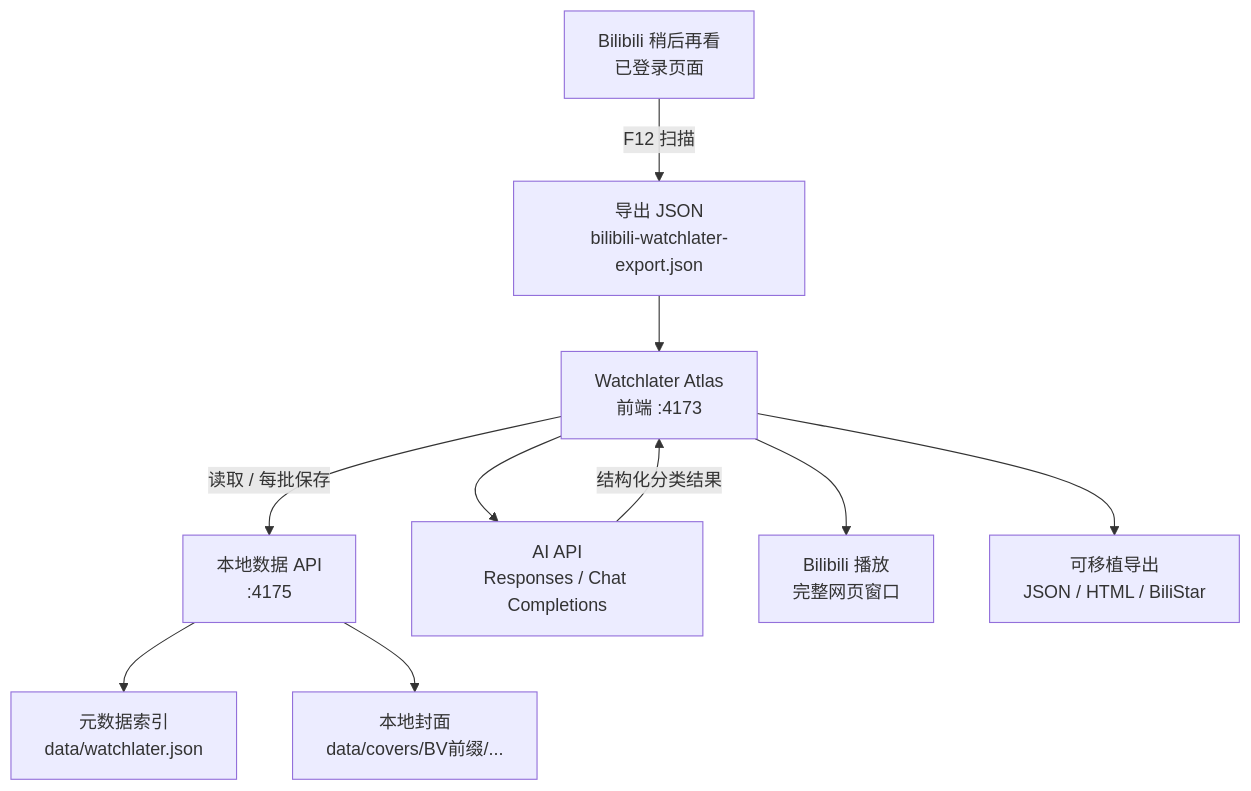
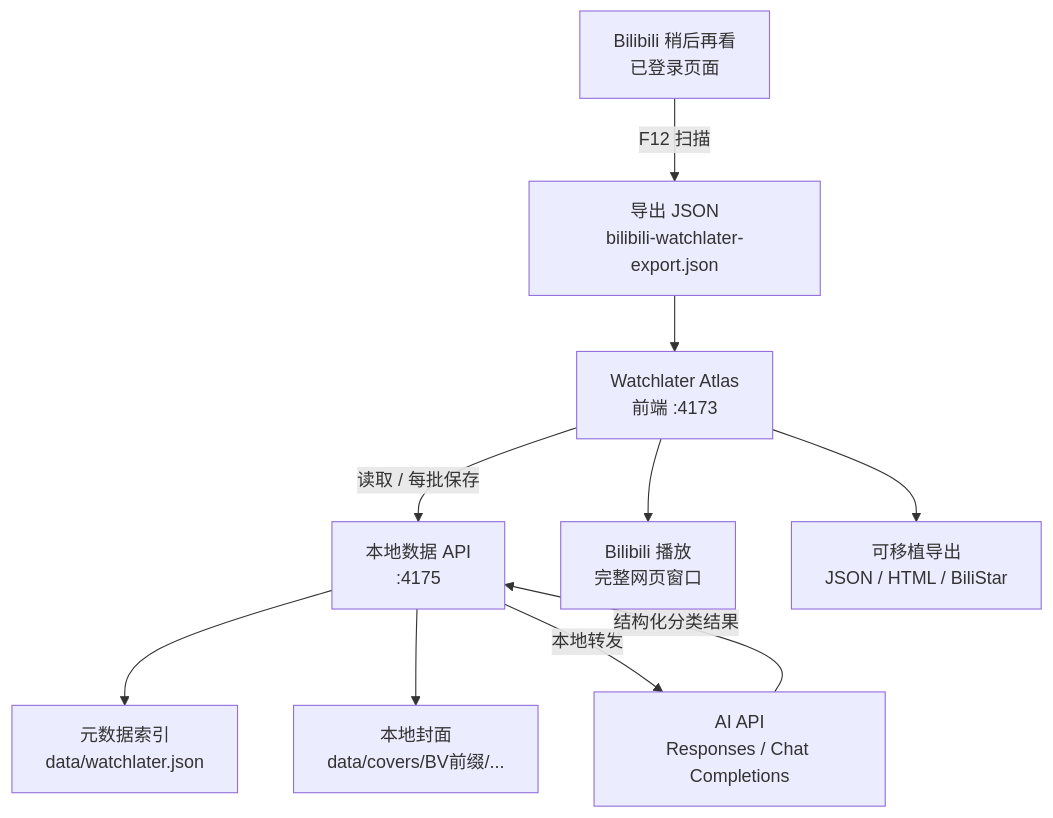
One commit to KanameMadoka520/_WatchLaterList changed the first of 2 diagrams in README.md. Above: the diagram before and after it, drawn with Mermaid. The commit also changed other lines of this file and 2 other files, not shown here.

````diff
--- a/README.md
+++ b/README.md
@@ -37,12 +37,12 @@
 ```mermaid
 flowchart TB
     A["Bilibili 稍后再看<br/>已登录页面"] -->|"F12 扫描"| B["导出 JSON<br/>bilibili-watchlater-export.json"]
     B --> C["Watchlater Atlas<br/>前端 :4173"]
     C -->|"读取 / 每批保存"| D["本地数据 API<br/>:4175"]
     D --> E["元数据索引<br/>data/watchlater.json"]
     D --> F["本地封面<br/>data/covers/BV前缀/..."]
-    C --> G["AI API<br/>Responses / Chat Completions"]
-    G -->|"结构化分类结果"| C
+    D -->|"本地转发"| G["AI API<br/>Responses / Chat Completions"]
+    G -->|"结构化分类结果"| D
     C --> H["Bilibili 播放<br/>完整网页窗口"]
     C --> I["可移植导出<br/>JSON / HTML / BiliStar"]
 ```
````
